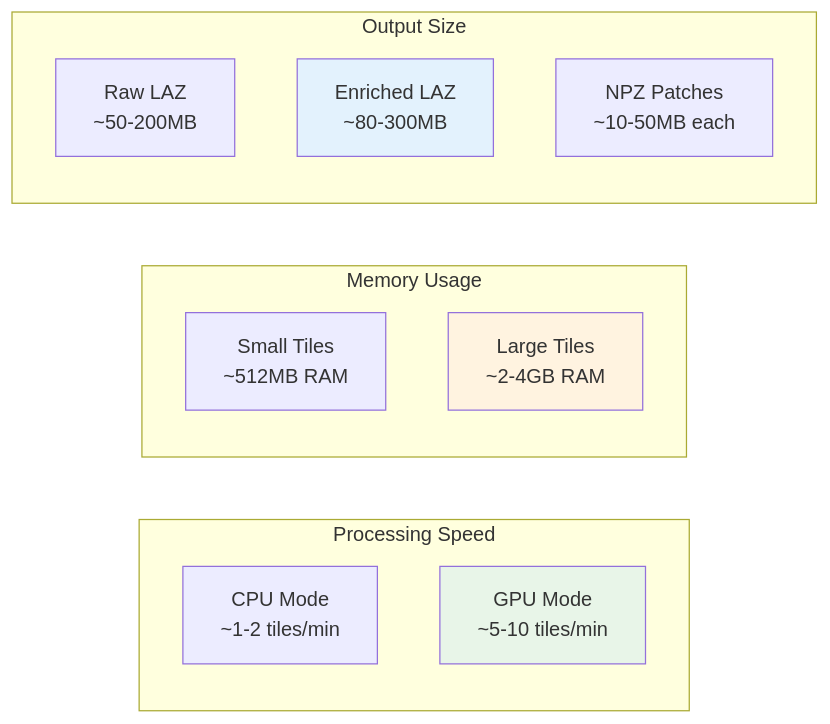
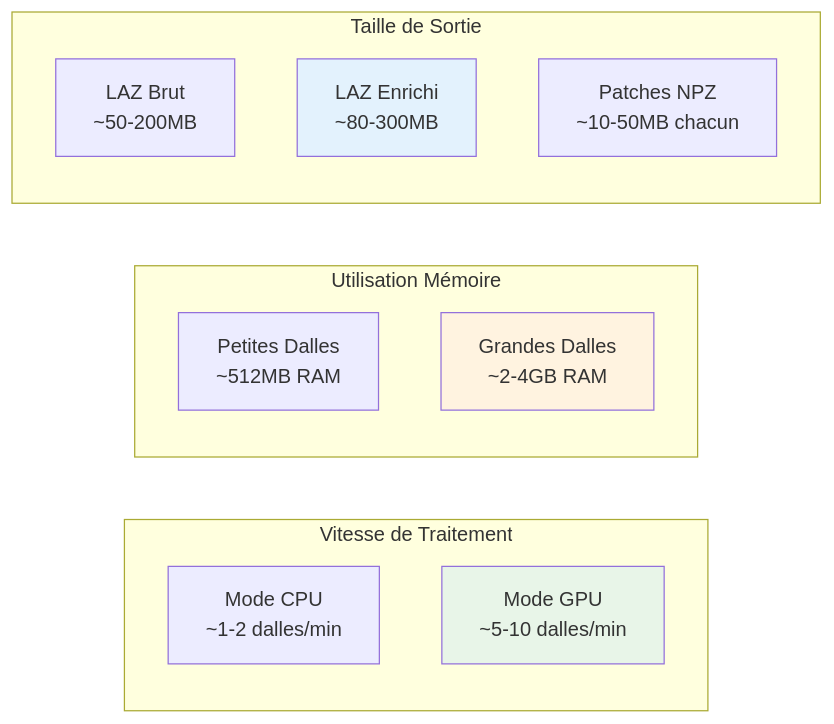
The fourth of 4 diagrams in website/i18n/fr/docusaurus-plugin-content-docs/current/architecture.md (sducournau/IGN_LIDAR_HD_DATASET), drawn with Mermaid before and after one commit. The commit also changed other lines of this file and 17 other files, not shown here.

````diff
--- a/website/i18n/fr/docusaurus-plugin-content-docs/current/architecture.md
+++ b/website/i18n/fr/docusaurus-plugin-content-docs/current/architecture.md
@@ -163,22 +163,22 @@
 ```mermaid
 graph LR
-    subgraph "Processing Speed"
-        CPU[CPU Mode<br/>~1-2 tiles/min]
-        GPU_ACC[GPU Mode<br/>~5-10 tiles/min]
+    subgraph "Vitesse de Traitement"
+        CPU[Mode CPU<br/>~1-2 dalles/min]
+        GPU_ACC[Mode GPU<br/>~5-10 dalles/min]
     end
 
-    subgraph "Memory Usage"
-        SMALL[Small Tiles<br/>~512MB RAM]
-        LARGE[Large Tiles<br/>~2-4GB RAM]
+    subgraph "Utilisation Mémoire"
+        SMALL[Petites Dalles<br/>~512MB RAM]
+        LARGE[Grandes Dalles<br/>~2-4GB RAM]
     end
 
-    subgraph "Output Size"
-        INPUT[Raw LAZ<br/>~50-200MB]
-        OUTPUT[Enriched LAZ<br/>~80-300MB]
-        PATCHES[NPZ Patches<br/>~10-50MB each]
+    subgraph "Taille de Sortie"
+        INPUT[LAZ Brut<br/>~50-200MB]
+        OUTPUT[LAZ Enrichi<br/>~80-300MB]
+        PATCHES[Patches NPZ<br/>~10-50MB chacun]
     end
 
     style GPU_ACC fill:#e8f5e8
     style LARGE fill:#fff3e0
     style OUTPUT fill:#e3f2fd
 ```
````
